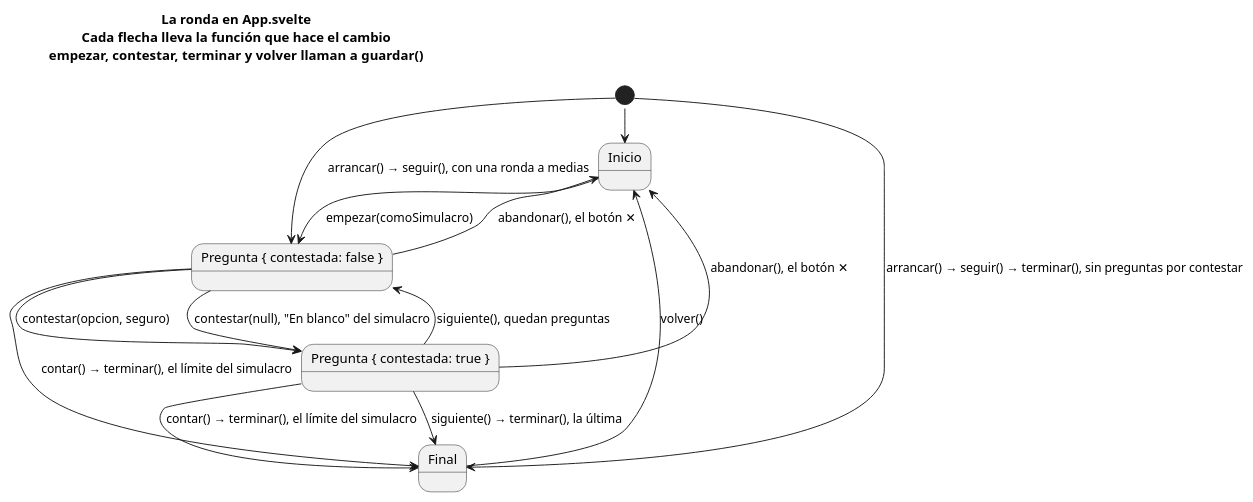
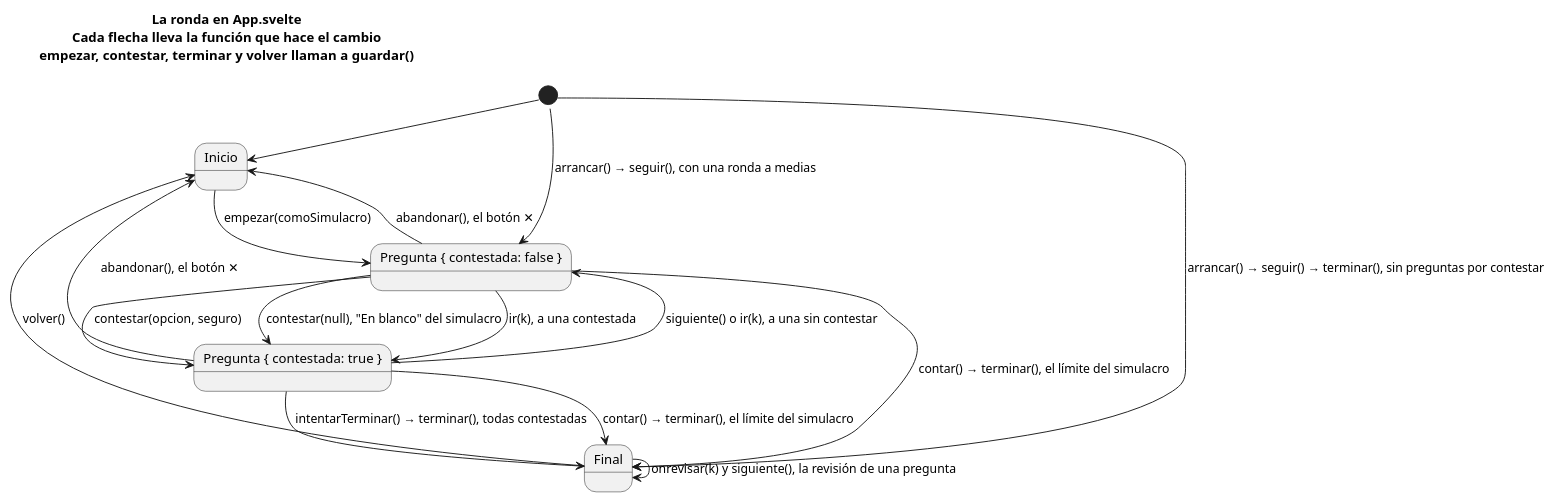
One commit to jfdg01/examenes changed the second of 4 diagrams in docs/el-diagrama.puml. Above: the diagram before and after it, drawn with PlantUML. The commit also changed other lines of this file, not shown here.

First line of the commit message:
chore: la cuadrícula, la revisión y la edición en el diagrama

```diff
--- a/docs/el-diagrama.puml
+++ b/docs/el-diagrama.puml
@@ -395,24 +423,26 @@
 @startuml la-ronda
 !pragma layout smetana
 skinparam shadowing false
 title La ronda en App.svelte\nCada flecha lleva la función que hace el cambio\nempezar, contestar, terminar y volver llaman a guardar()
 
 state Inicio
 state "Pregunta { contestada: false }" as SinContestar
 state "Pregunta { contestada: true }" as Contestada
 state Final
 
 [*] --> Inicio
 [*] --> SinContestar : arrancar() → seguir(), con una ronda a medias
 [*] --> Final : arrancar() → seguir() → terminar(), sin preguntas por contestar
 Inicio --> SinContestar : empezar(comoSimulacro)
 SinContestar --> Contestada : contestar(opcion, seguro)
 SinContestar --> Contestada : contestar(null), "En blanco" del simulacro
-Contestada --> SinContestar : siguiente(), quedan preguntas
-Contestada --> Final : siguiente() → terminar(), la última
+Contestada --> SinContestar : siguiente() o ir(k), a una sin contestar
+SinContestar --> Contestada : ir(k), a una contestada
+Contestada --> Final : intentarTerminar() → terminar(), todas contestadas
 SinContestar --> Final : contar() → terminar(), el límite del simulacro
 Contestada --> Final : contar() → terminar(), el límite del simulacro
 SinContestar --> Inicio : abandonar(), el botón ✕
 Contestada --> Inicio : abandonar(), el botón ✕
+Final --> Final : onrevisar(k) y siguiente(), la revisión de una pregunta
 Final --> Inicio : volver()
 @enduml
```
